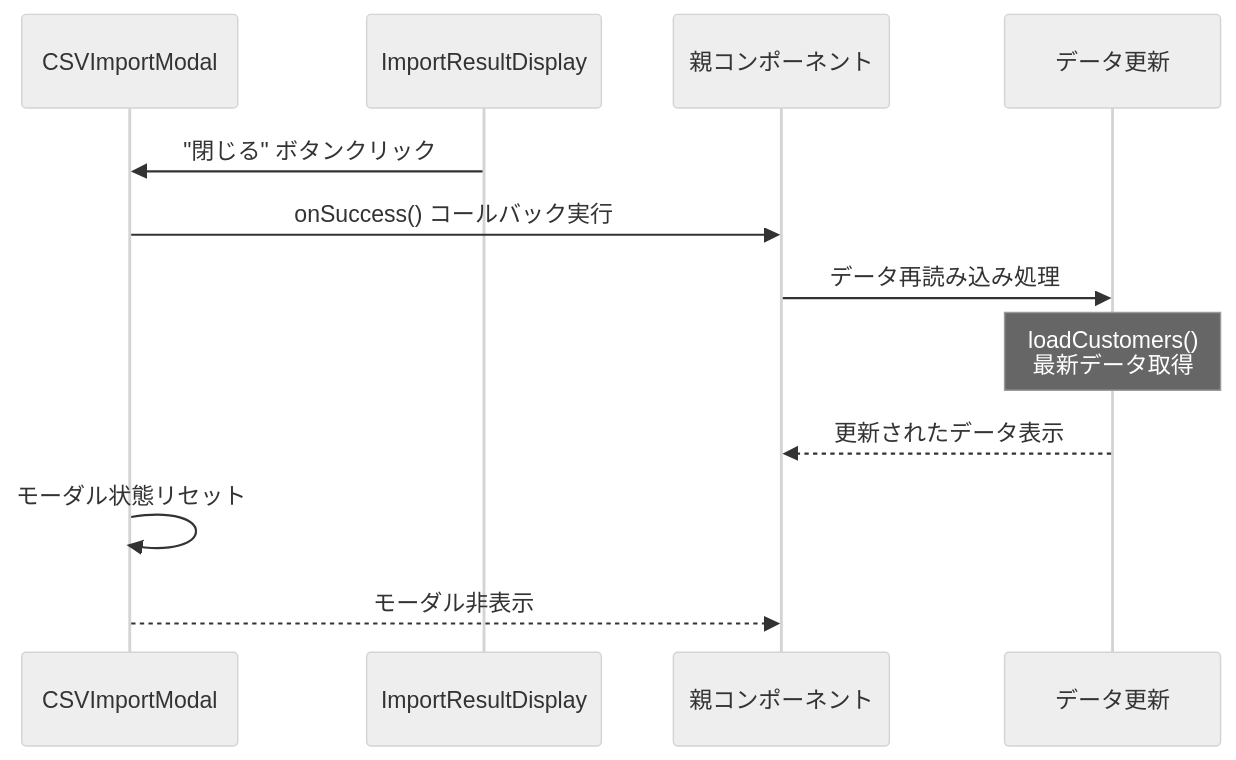
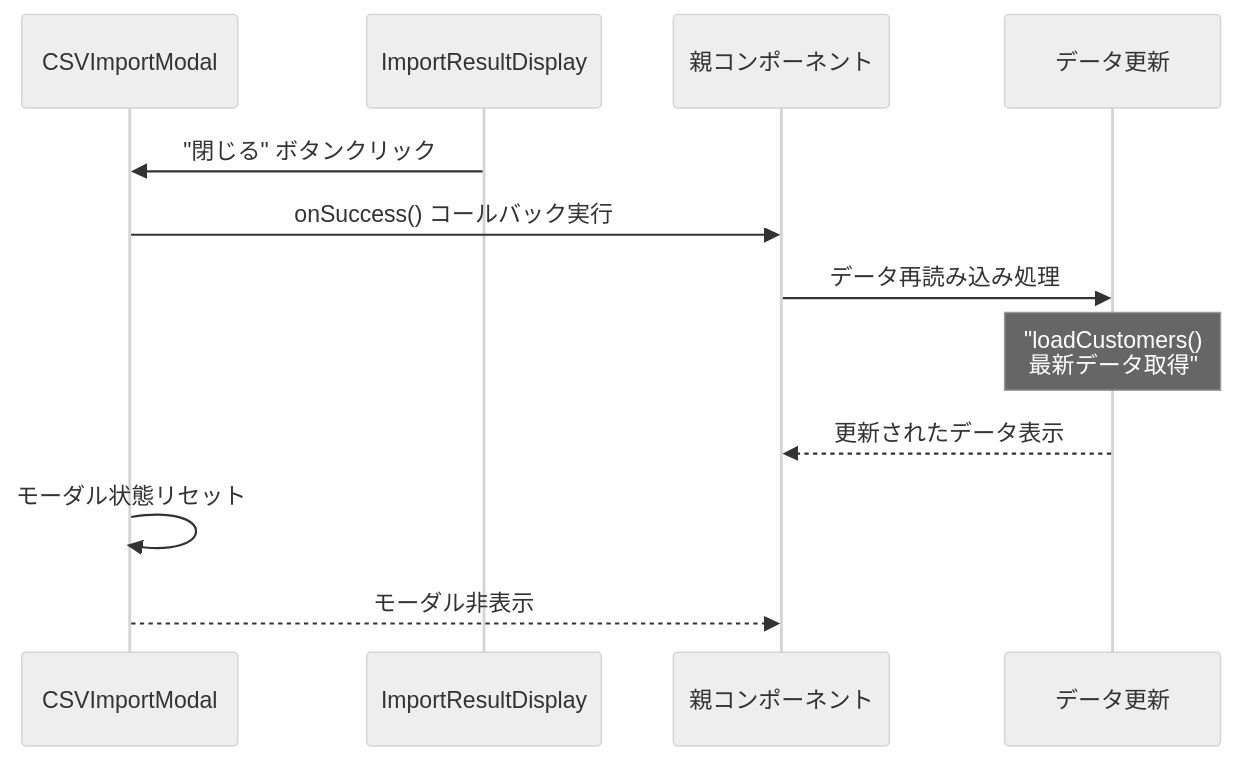
One commit to wasabi49/ocs-systemDevelopmentExercises changed the sixth of 11 diagrams in document/components/sequence/Modal.md. Above: the diagram before and after it, drawn with Mermaid (neutral theme). The commit also changed other lines of this file and 42 other files, not shown here.

First line of the commit message:
fix: mermaidシーケンス図のNote over文でダブルクォーテーション不足を修正

````diff
--- a/document/components/sequence/Modal.md
+++ b/document/components/sequence/Modal.md
@@ -118,16 +118,16 @@
 ```mermaid
 sequenceDiagram
     participant Modal as CSVImportModal
     participant ResultDisplay as ImportResultDisplay
     participant Parent as 親コンポーネント
     participant DataRefresh as データ更新
 
     ResultDisplay->>Modal: "閉じる" ボタンクリック
     Modal->>Parent: onSuccess() コールバック実行
     Parent->>DataRefresh: データ再読み込み処理
-    Note over DataRefresh: loadCustomers()<br/>最新データ取得
+    Note over DataRefresh: "loadCustomers()<br/>最新データ取得"
     
     DataRefresh-->>Parent: 更新されたデータ表示
     Modal->>Modal: モーダル状態リセット
     Modal-->>Parent: モーダル非表示
 ```
````
